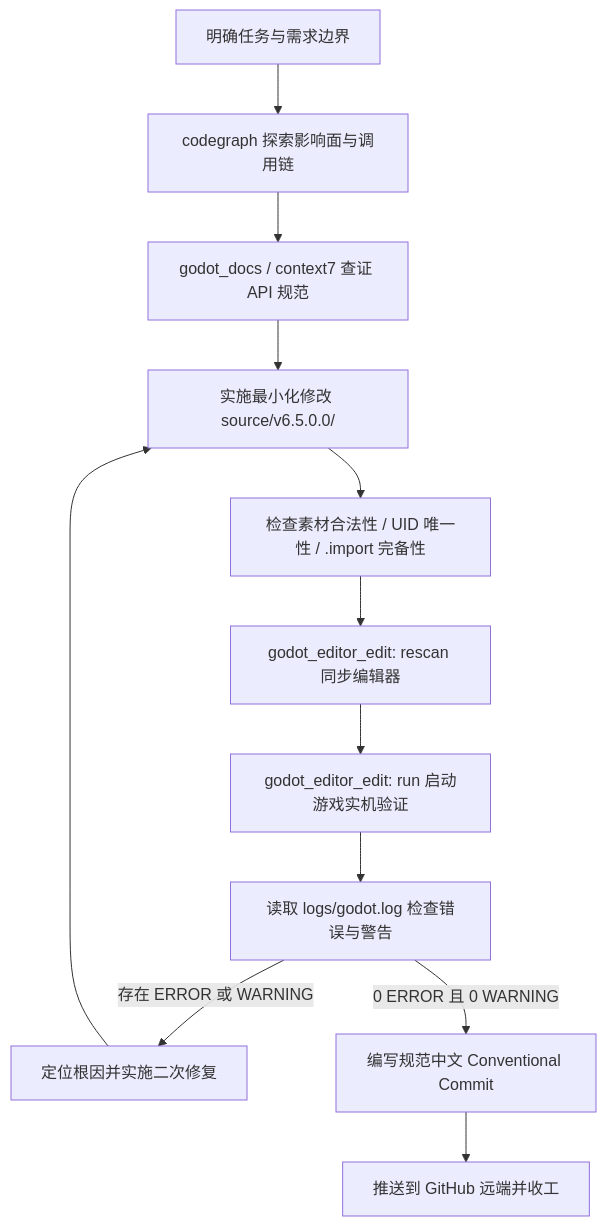
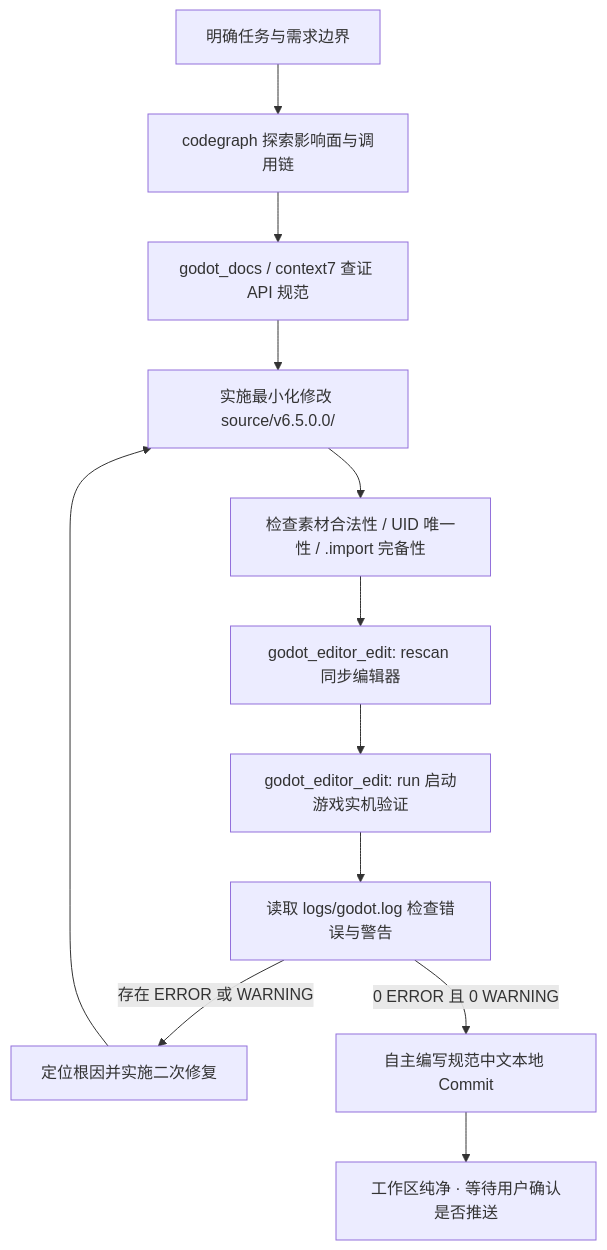
One commit to 0xnayuta/ZMXYBHYH changed the diagram in AGENTS.md. Above: the diagram before and after it, drawn with Mermaid. The commit also changed other lines of this file, not shown here.

````diff
--- a/AGENTS.md
+++ b/AGENTS.md
@@ -156,14 +160,14 @@
 ```mermaid
 flowchart TD
     A[明确任务与需求边界] --> B[codegraph 探索影响面与调用链]
     B --> C[godot_docs / context7 查证 API 规范]
     C --> D[实施最小化修改 source/v6.5.0.0/]
     D --> E[检查素材合法性 / UID 唯一性 / .import 完备性]
     E --> F[godot_editor_edit: rescan 同步编辑器]
     F --> G[godot_editor_edit: run 启动游戏实机验证]
     G --> H[读取 logs/godot.log 检查错误与警告]
     H -->|存在 ERROR 或 WARNING| I[定位根因并实施二次修复]
     I --> D
-    H -->|0 ERROR 且 0 WARNING| J[编写规范中文 Conventional Commit]
-    J --> K[推送到 GitHub 远端并收工]
+    H -->|0 ERROR 且 0 WARNING| J[自主编写规范中文本地 Commit]
+    J --> K[工作区纯净 · 等待用户确认是否推送]
 ```
````
